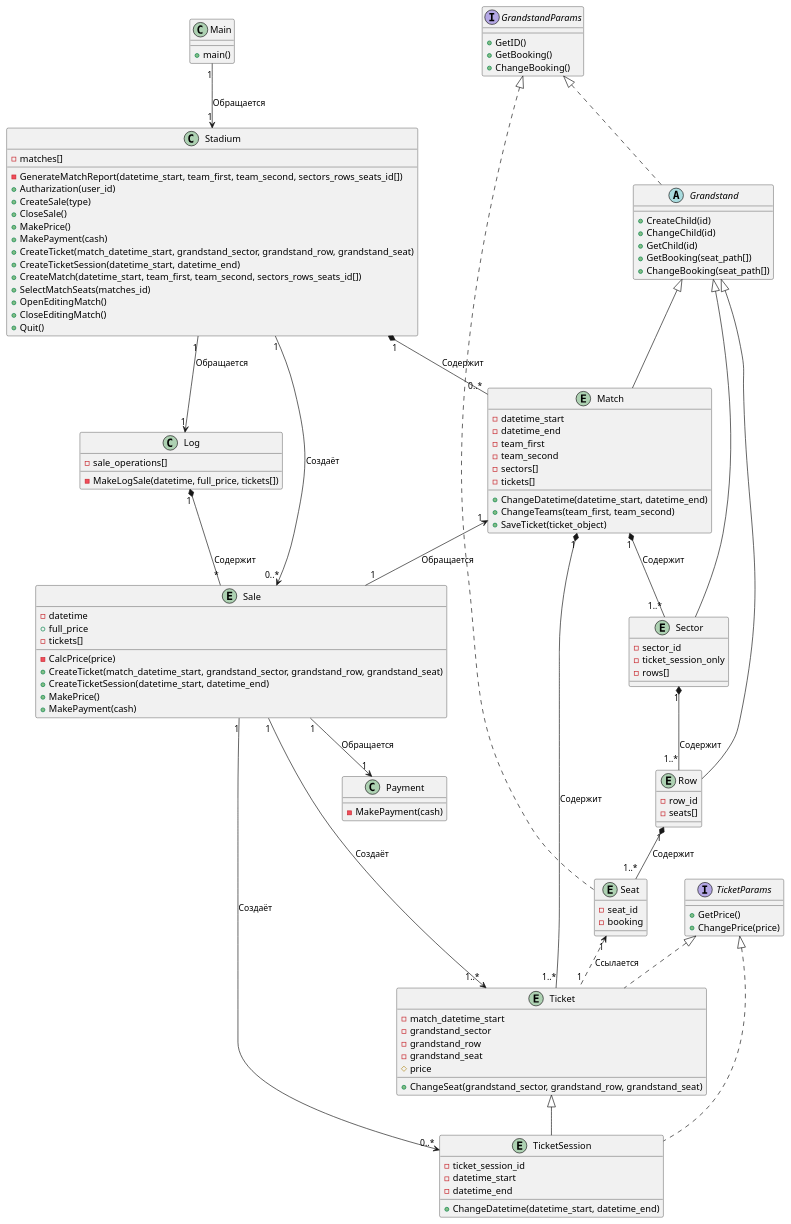
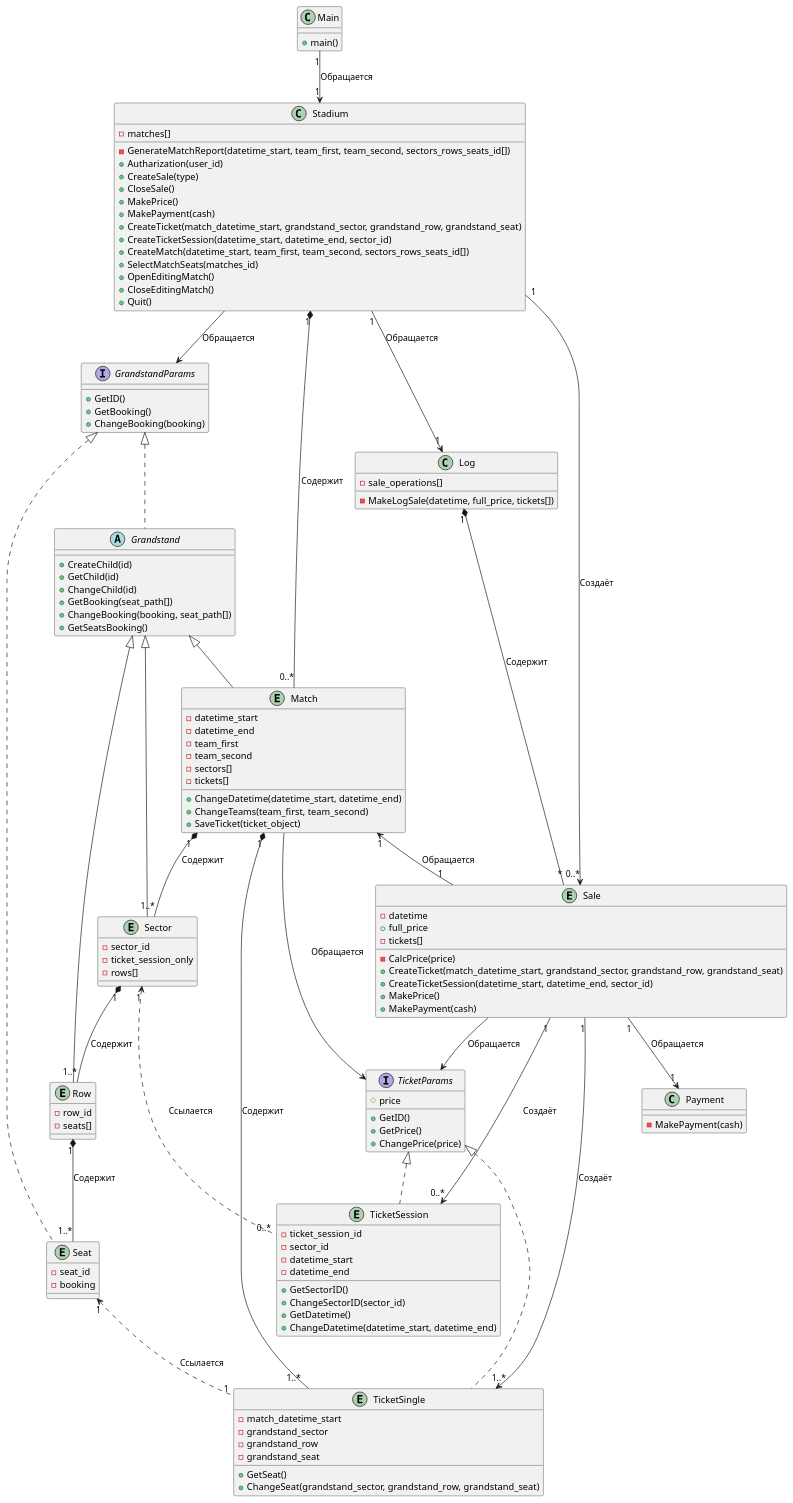
Before and after one commit to penamarth/bsbo-03-23_team4_var10_football: the diagram in Модель предметной области.md, drawn with PlantUML. The commit also changed 4 other files, not shown here.

Commit message:
Мелкие правки всех диаграмм

````diff
--- a/Модель предметной области.md
+++ b/Модель предметной области.md
@@ -14,7 +14,7 @@
     + MakePrice()
     + MakePayment(cash)
     + CreateTicket(match_datetime_start, grandstand_sector, grandstand_row, grandstand_seat)
-    + CreateTicketSession(datetime_start, datetime_end)
+    + CreateTicketSession(datetime_start, datetime_end, sector_id)
     + CreateMatch(datetime_start, team_first, team_second, sectors_rows_seats_id[])
     + SelectMatchSeats(matches_id)
     + OpenEditingMatch()
@@ -26,10 +26,11 @@
 abstract class Grandstand implements GrandstandParams
 {
     + CreateChild(id)
+    + GetChild(id)
     + ChangeChild(id)
-    + GetChild(id)
     + GetBooking(seat_path[])
-    + ChangeBooking(seat_path[])
+    + ChangeBooking(booking, seat_path[])
+    + GetSeatsBooking()
 }
 
 entity Match extends Grandstand
@@ -64,21 +65,25 @@
     - booking
 }
 
-entity Ticket implements TicketParams
+entity TicketSingle implements TicketParams
 {
     - match_datetime_start
     - grandstand_sector
     - grandstand_row
     - grandstand_seat
-    # price
+    + GetSeat()
     + ChangeSeat(grandstand_sector, grandstand_row, grandstand_seat)
 }
 
-entity TicketSession extends Ticket implements TicketParams
+entity TicketSession implements TicketParams
 {
     - ticket_session_id
+    - sector_id
     - datetime_start
     - datetime_end
+    + GetSectorID()
+    + ChangeSectorID(sector_id)
+    + GetDatetime()
     + ChangeDatetime(datetime_start, datetime_end)
 }
 
@@ -89,7 +94,7 @@
     - tickets[]
     - CalcPrice(price)
     + CreateTicket(match_datetime_start, grandstand_sector, grandstand_row, grandstand_seat)
-    + CreateTicketSession(datetime_start, datetime_end)
+    + CreateTicketSession(datetime_start, datetime_end, sector_id)
     + MakePrice()
     + MakePayment(cash)
 }
@@ -109,11 +114,13 @@
 {
     + GetID()
     + GetBooking()
-    + ChangeBooking()
+    + ChangeBooking(booking)
 }
 
 interface TicketParams
 {
+    # price
+    + GetID()
     + GetPrice()
     + ChangePrice(price)
 }
@@ -127,14 +134,18 @@
 Sector "1" *-- "1..*" Row : Содержит
 Row "1" *-- "1..*" Seat : Содержит
 
-Match "1" *-- "1..*" Ticket : Содержит
-Seat "1" <.. "1" Ticket : Ссылается
+Match "1" *-- "1..*" TicketSingle : Содержит
+Seat "1" <.. "1" TicketSingle : Ссылается
+Sector "1" <.. "0..*" TicketSession : Ссылается
 
 Sale "1" --> "1" Payment : Обращается
-Sale "1" --> "1..*" Ticket : Создаёт
+Sale "1" --> "1..*" TicketSingle : Создаёт
 Sale "1" --> "0..*" TicketSession : Создаёт
 Match "1" <-- "1" Sale : Обращается
+Log "1" *-- "*" Sale : Содержит
 
-Log "1" *-- "*" Sale : Содержит
+Stadium --> GrandstandParams : Обращается
+Match --> TicketParams : Обращается
+Sale --> TicketParams : Обращается
 @enduml
 ```
````
